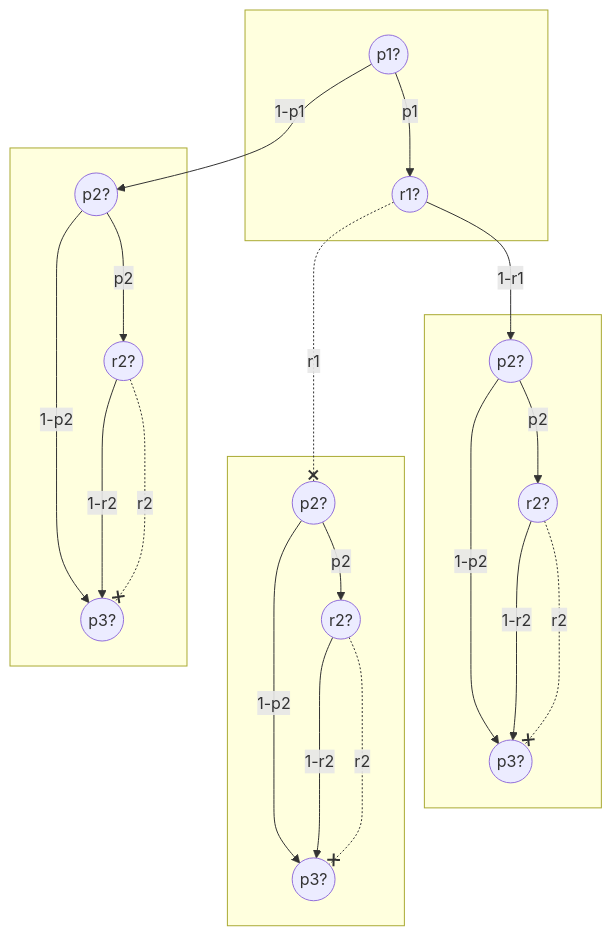
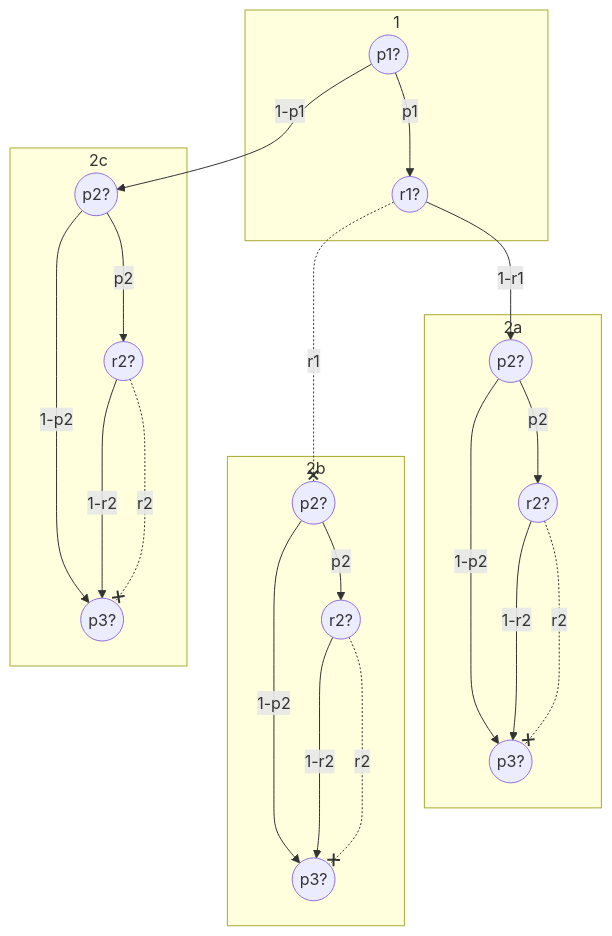
One commit to bfeitknecht/vault changed the third of 5 diagrams in vault/sem2/AuW/UE/cx/bf/cx07-bf.md. Above: the diagram before and after it, drawn with Mermaid. The commit also changed other lines of this file, not shown here.

````diff
--- a/vault/sem2/AuW/UE/cx/bf/cx07-bf.md
+++ b/vault/sem2/AuW/UE/cx/bf/cx07-bf.md
@@ -80,52 +80,52 @@
 ```mermaid
 flowchart TD
 
 
 
 
-subgraph " "
+subgraph 2a
 id4((p2?))
 id8((r2?))
 id9((p3?))
 
 id4-->|"1-p2"|id9
 id4-->|"p2"|id8
 id8-->|"1-r2"|id9
 id8-..-x|"r2"|id9
 end
 
 
-subgraph " "
+subgraph 2b
 id5((p2?))
 id10((r2?))
 id11((p3?))
 
 id5-->|"1-p2"|id11
 id5-->|"p2"|id10
 id10-->|"1-r2"|id11
 id10-..-x|"r2"|id11
 end
 
 
-subgraph " "
+subgraph 2c
 id3((p2?))
 id6((r2?))
 id7((p3?))
 
 id3-->|"1-p2"|id7
 id3-->|"p2"|id6
 id6-->|"1-r2"|id7
 id6-..-x|"r2"|id7
 end
 
-subgraph " "
+subgraph 1
 id1((p1?))
 id2((r1?))
 
 id1-->|"1-p1"|id3
 id1-->|"p1"|id2
 id2-->|"1-r1"|id4
 id2-..-x|"r1"|id5
 end
 
 ```
````
